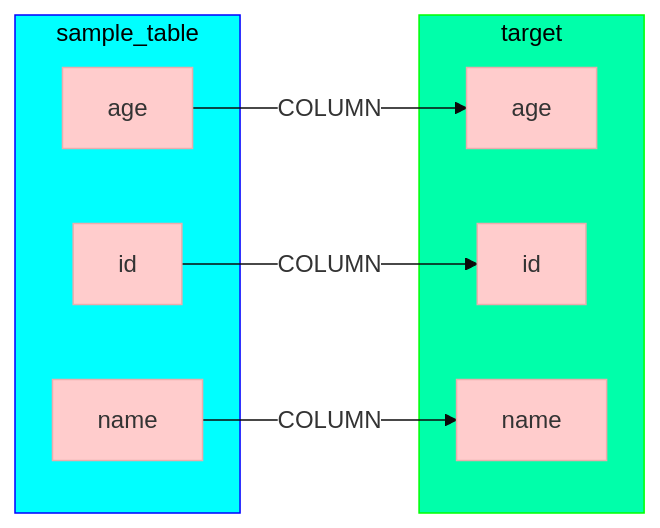
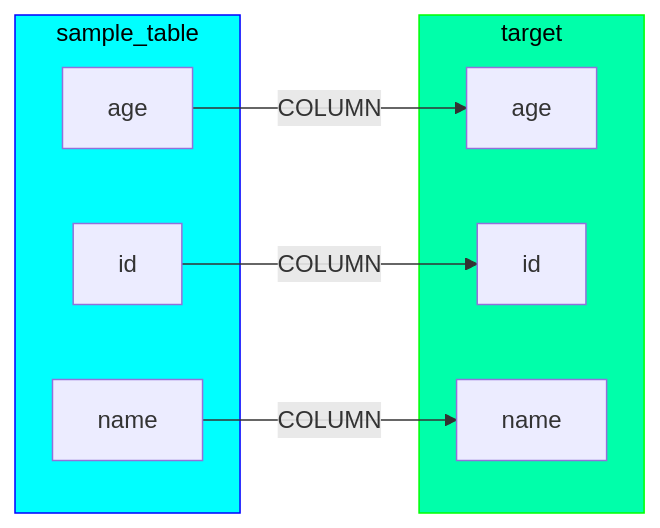
One commit to NielkNetraam/explainalyzed changed the diagram in data/mermaid/select_1.mmd. Above: the diagram before and after it, drawn with Mermaid. The commit also changed 13 other files, not shown here.

```diff
--- a/data/mermaid/select_1.mmd
+++ b/data/mermaid/select_1.mmd
@@ -1,31 +1,34 @@
-%%{init: {
-    'theme': 'base',
-    'themeVariables': {
-        'primaryColor': '#ffcccc',
-        'edgeLabelBackground':'#ffffff',
-        'tertiaryColor': '#fff'
-    }
-}}%%
+---
+config:
+theme: 'base'
+themeVariables:
+    primaryColor: '#BB2528'
+    primaryTextColor: '#fff'
+    primaryBorderColor: '#7C0000'
+    lineColor: '#F8B229'
+    secondaryColor: '#267826'
+    tertiaryColor: '#fff'
+---
 flowchart LR
     classDef SOURCE stroke:#00f,fill:#0ff,color:black
     classDef TARGET stroke:#0f0,fill:#0fa,color:black
     classDef INTERNAL stroke:#f00,fill:#fa0,color:black
 
+    target:::TARGET
     sample_table:::SOURCE
-    target:::TARGET
 
     subgraph sample_table
         sample_table.age[age]
         sample_table.id[id]
         sample_table.name[name]
     end
 
     subgraph target
         target.age[age]
         target.id[id]
         target.name[name]
     end
 
     sample_table.age -- COLUMN --> target.age
     sample_table.id -- COLUMN --> target.id
     sample_table.name -- COLUMN --> target.name
```
